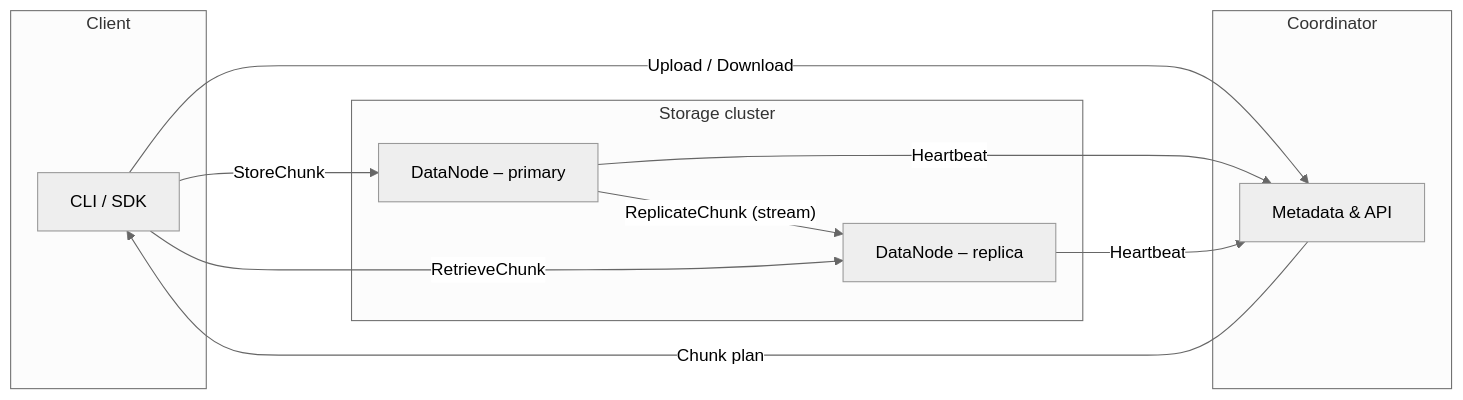
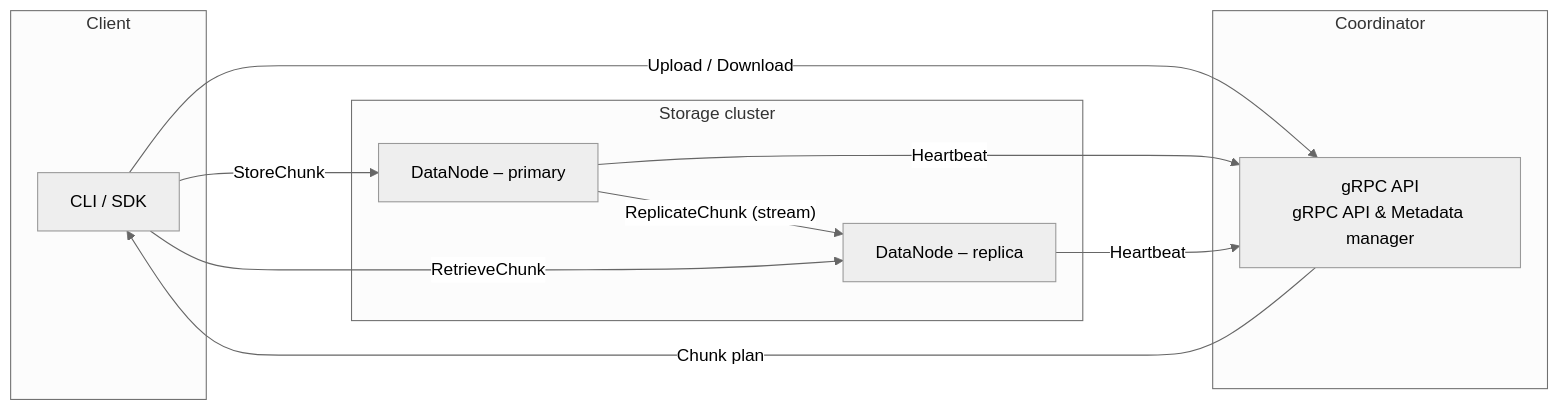
The diagram in README.md (mochivi/distributed-file-system), drawn with Mermaid (neutral theme) before and after one commit.

Commit message:
readme.md

````diff
--- a/README.md
+++ b/README.md
@@ -13,31 +13,31 @@
 ```mermaid
 flowchart LR
     subgraph "Client"
         A["CLI / SDK"]
     end
 
     subgraph "Coordinator"
-        C1["Metadata & API"]
+        C1["gRPC API<br/>gRPC API & Metadata manager"]
     end
 
     subgraph "Storage cluster"
         DN1["DataNode – primary"]
         DN2["DataNode – replica"]
     end
 
     A -- "Upload / Download" --> C1
     C1 -- "Chunk plan" --> A
 
     %% Client writes chunk to primary
     A -- "StoreChunk" --> DN1
 
     %% Primary replicates chunk via streaming gRPC
     DN1 -- "ReplicateChunk (stream)" --> DN2
 
     %% Reads can hit any replica
     A -- "RetrieveChunk" --> DN2
 
     %% Health-checks
     DN1 -- "Heartbeat" --> C1
     DN2 -- "Heartbeat" --> C1
 ```
````
